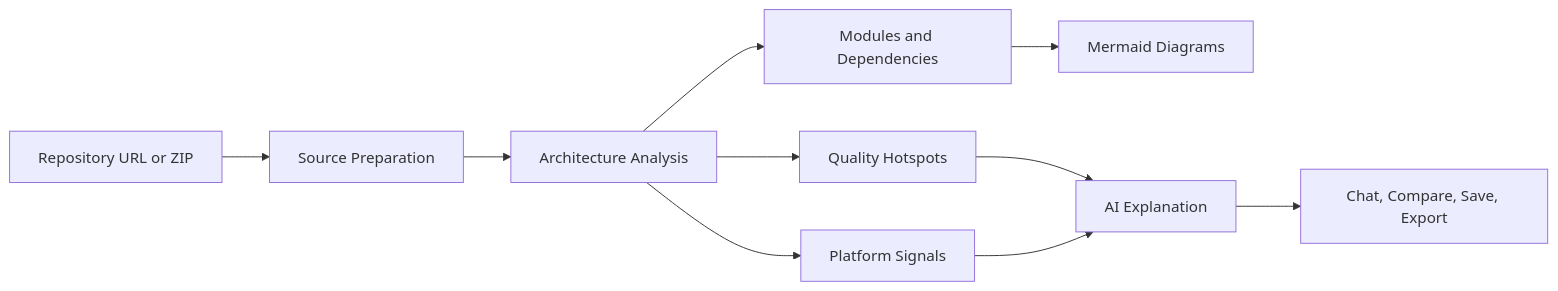
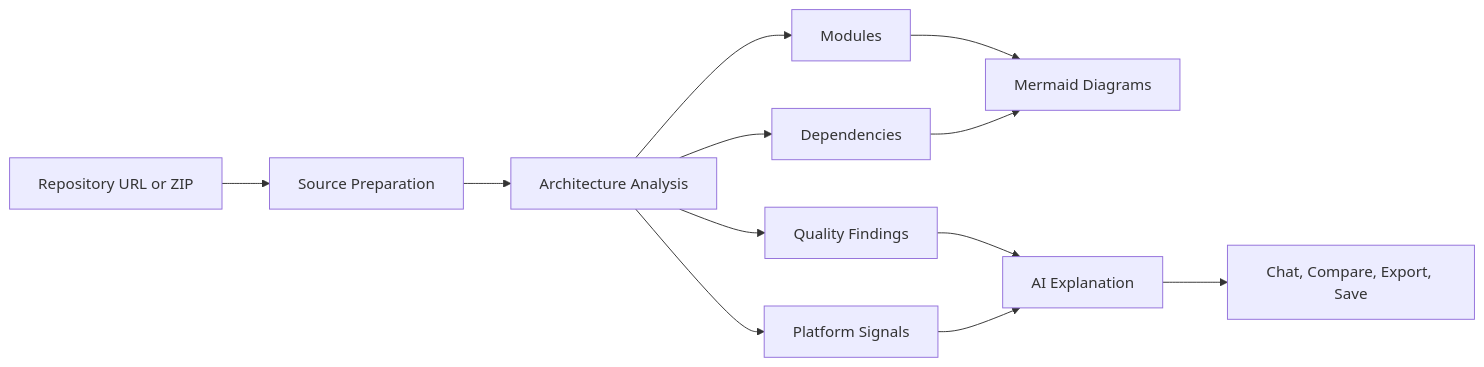
Before and after one commit to agarwalujala3-lang/LumenStack-AI: the diagram in README.md, drawn with Mermaid. The commit also changed other lines of this file and 10 other files, not shown here.

````diff
--- a/README.md
+++ b/README.md
@@ -64,12 +63,14 @@
 ```mermaid
 flowchart LR
   A[Repository URL or ZIP] --> B[Source Preparation]
   B --> C[Architecture Analysis]
-  C --> D[Modules and Dependencies]
-  C --> E[Quality Hotspots]
-  C --> F[Platform Signals]
-  D --> G[Mermaid Diagrams]
-  E --> H[AI Explanation]
-  F --> H
-  H --> I[Chat, Compare, Save, Export]
+  C --> D[Modules]
+  C --> E[Dependencies]
+  C --> F[Quality Findings]
+  C --> G[Platform Signals]
+  D --> H[Mermaid Diagrams]
+  E --> H
+  F --> I[AI Explanation]
+  G --> I
+  I --> J[Chat, Compare, Export, Save]
 ```
````
